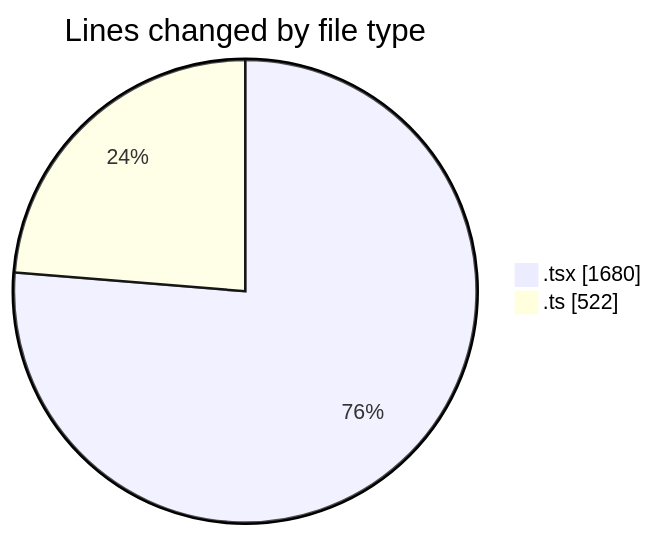
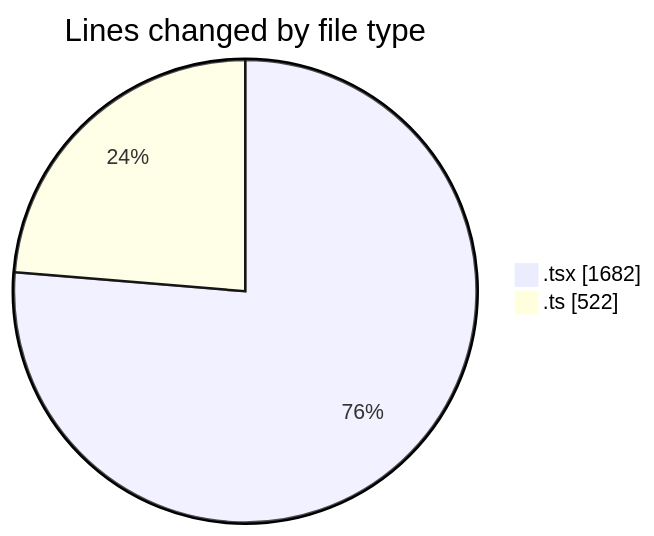
Before and after one commit to nxtqubesakshisongat/code-tracking: the first of 2 diagrams in 2026-04-03/nxtqube_webapp/README.md, drawn with Mermaid. The commit also changed other lines of this file and 1 other file, not shown here.

````diff
--- a/2026-04-03/nxtqube_webapp/README.md
+++ b/2026-04-03/nxtqube_webapp/README.md
@@ -22,6 +22,6 @@
 ```mermaid
 pie showData
 title Lines changed by file type
-".tsx" : 1680
+".tsx" : 1682
 ".ts" : 522
 ```
````
